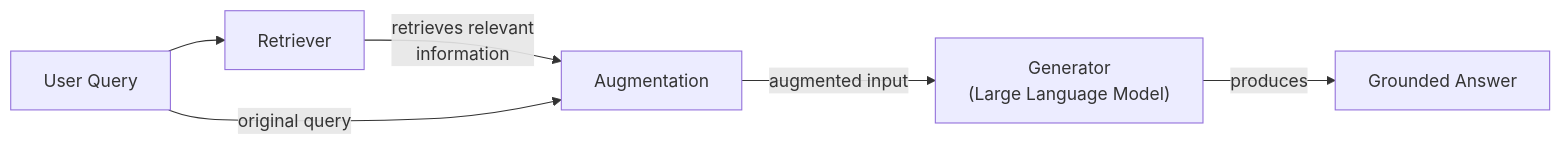
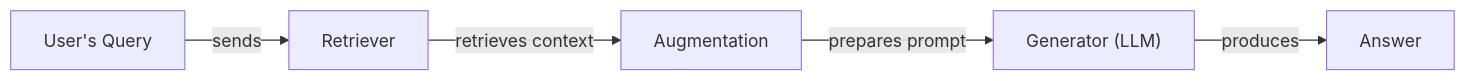
The first of 4 diagrams in RL_researcher_writer_ymaxing/rl_training_data/noise_experiment/09_RAG__var_standard__replicate2__preset5/article_000.md (YMaXing/Research-Agent-reinforced-by-RL), drawn with Mermaid before and after one commit. The commit also changed other lines of this file and 4528 other files, not shown here.

````diff
--- a/RL_researcher_writer_ymaxing/rl_training_data/noise_experiment/09_RAG__var_standard__replicate2__preset5/article_000.md
+++ b/RL_researcher_writer_ymaxing/rl_training_data/noise_experiment/09_RAG__var_standard__replicate2__preset5/article_000.md
@@ -21,8 +15,12 @@
 ```mermaid
 flowchart LR
-  A["User Query"] --> B["Retriever"]
-  B -- "retrieves relevant<br/>information" --> C["Augmentation"]
-  A -- "original query" --> C
-  C -- "augmented input" --> D["Generator<br/>(Large Language Model)"]
-  D -- "produces" --> E["Grounded Answer"]
+  UserQuery["User's Query"]
+  Retriever["Retriever"]
+  Augmentation["Augmentation"]
+  Generator["Generator (LLM)"]
+
+  UserQuery -- "sends" --> Retriever
+  Retriever -- "retrieves context" --> Augmentation
+  Augmentation -- "prepares prompt" --> Generator
+  Generator -- "produces" --> Answer["Answer"]
 ```
````
